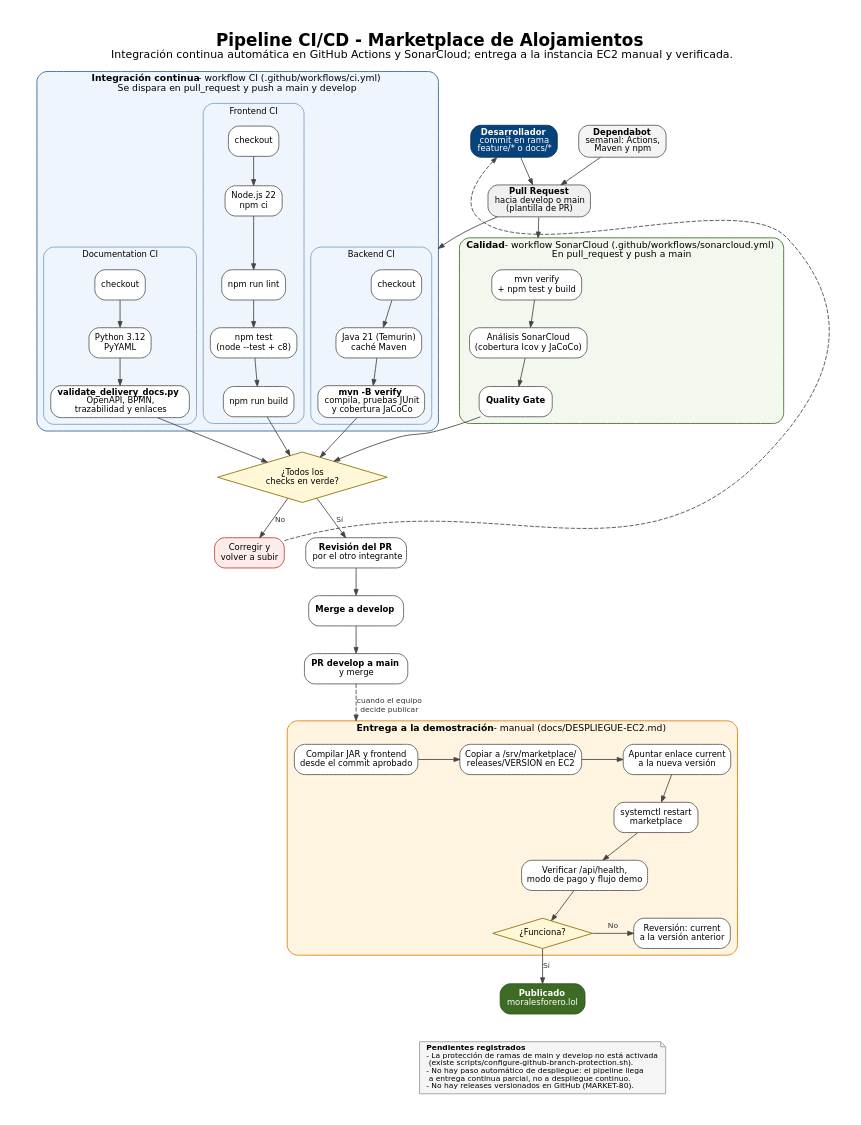
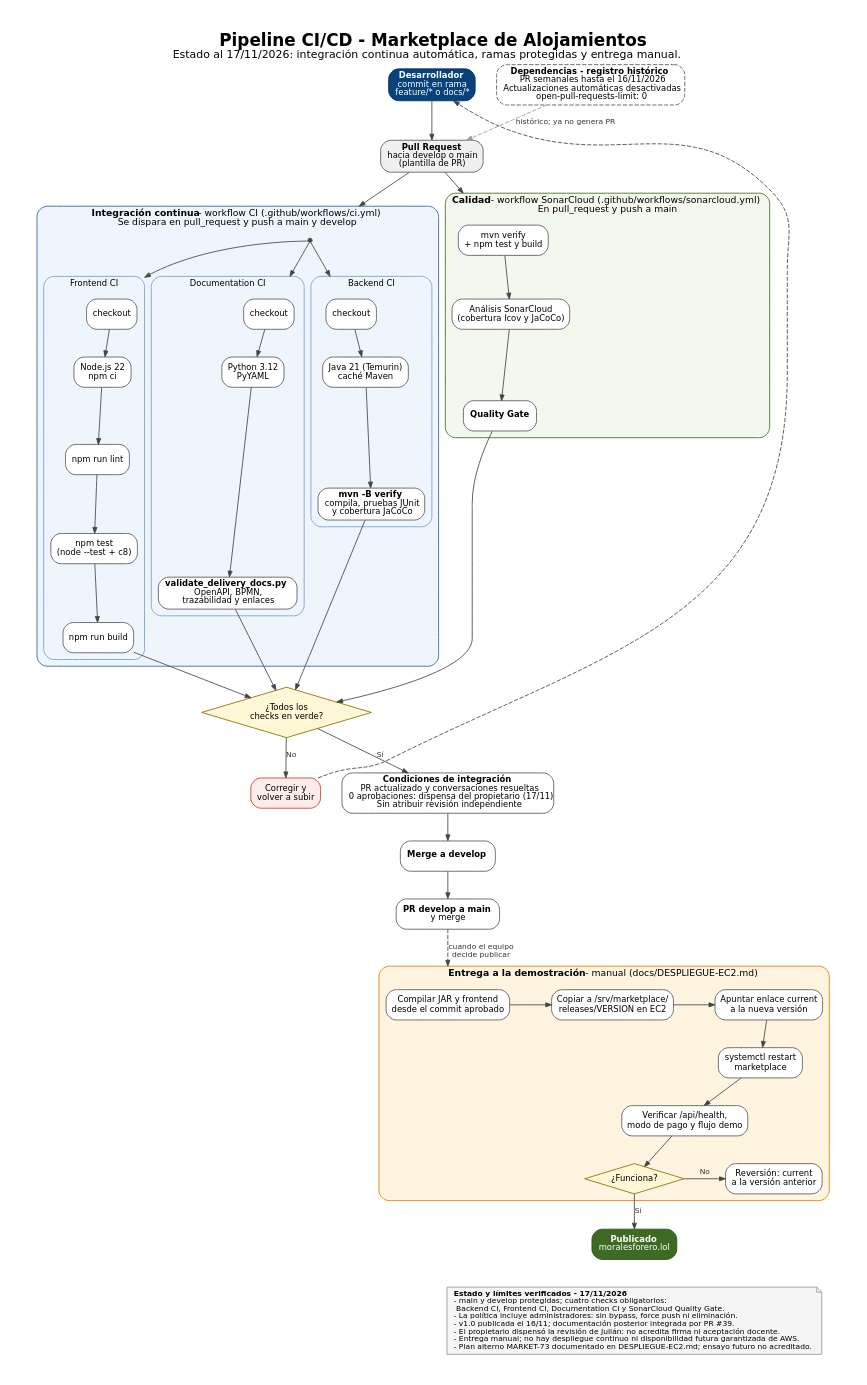
The diagram in docs/entrega-1/diagramas/fuentes/20-pipeline-ci-cd.dot (Rocky72153/marketplace-alojamientos), drawn with Graphviz before and after one commit. The commit also changed 14 other files, not shown here.

Commit message:
Corregir diagramas de pago y pipeline y documentar uso real de IA

```diff
--- a/docs/entrega-1/diagramas/fuentes/20-pipeline-ci-cd.dot
+++ b/docs/entrega-1/diagramas/fuentes/20-pipeline-ci-cd.dot
@@ -1,70 +1,75 @@
 // Pipeline CI/CD real del proyecto.
 // Fuente: .github/workflows/ci.yml, .github/workflows/sonarcloud.yml, .github/dependabot.yml y docs/DESPLIEGUE-EC2.md.
-// La integración continua es automática; la entrega a EC2 es manual (no hay despliegue continuo).
+// Corte verificado: 17/11/2026. La integración continua es automática; la entrega a EC2 es manual.
 // Generar: dot -Tpng -Gdpi=110 20-pipeline-ci-cd.dot -o ../20-pipeline-ci-cd.png
 digraph Pipeline {
   graph [rankdir=TB, fontname="DejaVu Sans", fontsize=20, pad=0.4, nodesep=0.35, ranksep=0.45, compound=true, newrank=true,
-         label=<<B>Pipeline CI/CD - Marketplace de Alojamientos</B><BR/><FONT POINT-SIZE="13">Integración continua automática en GitHub Actions y SonarCloud; entrega a la instancia EC2 manual y verificada.</FONT>>,
+         label=<<B>Pipeline CI/CD - Marketplace de Alojamientos</B><BR/><FONT POINT-SIZE="13">Estado al 17/11/2026: integración continua automática, ramas protegidas y entrega manual.</FONT>>,
          labelloc=t];
   node [fontname="DejaVu Sans", fontsize=10, shape=box, style="filled,rounded", fillcolor="#FFFFFF", color="#555555"];
   edge [fontname="DejaVu Sans", fontsize=9, color="#444444", fontcolor="#333333", arrowsize=0.7];
 
   dev [shape=box, fillcolor="#08427B", fontcolor=white, color="#052E56", label=<<B>Desarrollador</B><BR/>commit en rama<BR/>feature/* o docs/*>];
-  dep [fillcolor="#F4F4F4", label=<<B>Dependabot</B><BR/>semanal: Actions,<BR/>Maven y npm>];
+  dep [fillcolor="#F4F4F4", style="rounded,dashed", label=<<B>Dependencias - registro histórico</B><BR/>PR semanales hasta el 16/11/2026<BR/>Actualizaciones automáticas desactivadas<BR/>open-pull-requests-limit: 0>];
   pr [fillcolor="#F0F0F0", label=<<B>Pull Request</B><BR/>hacia develop o main<BR/>(plantilla de PR)>];
 
   subgraph cluster_ci {
     label=<<B>Integración continua</B> - workflow CI (.github/workflows/ci.yml)<BR/>Se dispara en pull_request y push a main y develop>; fontsize=11; style="rounded,filled"; fillcolor="#EEF5FC"; color="#2E6295";
+    ci_entry [shape=point, width=0.07, label="", fillcolor="#444444"];
 
     subgraph cluster_b { label="Backend CI"; style="rounded"; color="#7A9CC6"; fontsize=10;
       b1 [label="checkout"]; b2 [label="Java 21 (Temurin)\ncaché Maven"]; b3 [label=<<B>mvn -B verify</B><BR/>compila, pruebas JUnit<BR/>y cobertura JaCoCo>];
       b1 -> b2 -> b3; }
     subgraph cluster_f { label="Frontend CI"; style="rounded"; color="#7A9CC6"; fontsize=10;
       f1 [label="checkout"]; f2 [label="Node.js 22\nnpm ci"]; f3 [label="npm run lint"]; f4 [label="npm test\n(node --test + c8)"]; f5 [label="npm run build"];
       f1 -> f2 -> f3 -> f4 -> f5; }
     subgraph cluster_d { label="Documentation CI"; style="rounded"; color="#7A9CC6"; fontsize=10;
       d1 [label="checkout"]; d2 [label="Python 3.12\nPyYAML"]; d3 [label=<<B>validate_delivery_docs.py</B><BR/>OpenAPI, BPMN,<BR/>trazabilidad y enlaces>];
       d1 -> d2 -> d3; }
   }
 
   subgraph cluster_sonar {
     label=<<B>Calidad</B> - workflow SonarCloud (.github/workflows/sonarcloud.yml)<BR/>En pull_request y push a main>; fontsize=11; style="rounded,filled"; fillcolor="#F3F8EE"; color="#3E6B23";
     s1 [label="mvn verify\n+ npm test y build"]; s2 [label="Análisis SonarCloud\n(cobertura lcov y JaCoCo)"]; s3 [label=<<B>Quality Gate</B>>];
     s1 -> s2 -> s3;
   }
 
   ok [shape=diamond, style=filled, fillcolor="#FFF7D6", color="#8A6D00", label="¿Todos los\nchecks en verde?"];
   fix [fillcolor="#FDECEA", color="#C0392B", label="Corregir y\nvolver a subir"];
-  rev [label=<<B>Revisión del PR</B><BR/>por el otro integrante>];
+  rev [label=<<B>Condiciones de integración</B><BR/>PR actualizado y conversaciones resueltas<BR/>0 aprobaciones: dispensa del propietario (17/11)<BR/>Sin atribuir revisión independiente>];
   merge_dev [label=<<B>Merge a develop</B>>];
   merge_main [label=<<B>PR develop a main</B><BR/>y merge>];
 
   subgraph cluster_cd {
     label=<<B>Entrega a la demostración</B> - manual (docs/DESPLIEGUE-EC2.md)>; fontsize=11; style="rounded,filled"; fillcolor="#FFF4E0"; color="#E07B00";
     c1 [label="Compilar JAR y frontend\ndesde el commit aprobado"];
     c2 [label="Copiar a /srv/marketplace/\nreleases/VERSION en EC2"];
     c3 [label="Apuntar enlace current\na la nueva versión"];
     c4 [label="systemctl restart\nmarketplace"];
     c5 [label="Verificar /api/health,\nmodo de pago y flujo demo"];
     c6 [shape=diamond, style=filled, fillcolor="#FFF7D6", color="#8A6D00", label="¿Funciona?"];
     c7 [label="Reversión: current\na la versión anterior"];
     {rank=same; c1; c2; c3;}
     {rank=same; c6; c7;}
     c1 -> c2 -> c3; c3 -> c4; c4 -> c5 -> c6;
     c6 -> c7 [label="No"];
   }
   pub [shape=box, fillcolor="#3E6B23", fontcolor=white, color="#2C4D18", label=<<B>Publicado</B><BR/>moralesforero.lol>];
 
-  dev -> pr; dep -> pr;
-  pr -> b1 [lhead=cluster_ci];
+  dev -> pr;
+  dep -> pr [label="histórico; ya no genera PR", style=dashed, color="#999999", constraint=false];
+  pr -> ci_entry [lhead=cluster_ci];
+  ci_entry -> b1 [lhead=cluster_b];
+  ci_entry -> f1 [lhead=cluster_f];
+  ci_entry -> d1 [lhead=cluster_d];
   pr -> s1 [lhead=cluster_sonar];
   b3 -> ok; f5 -> ok; d3 -> ok; s3 -> ok;
   ok -> fix [label="No"]; fix -> dev [constraint=false, style=dashed];
   ok -> rev [label="Sí"];
   rev -> merge_dev -> merge_main;
   merge_main -> c1 [lhead=cluster_cd, label="cuando el equipo\ndecide publicar", style=dashed];
   c6 -> pub [label="Sí"];
 
-  nota [shape=note, style=filled, fillcolor="#F5F5F5", color="#999999", fontsize=9, label=<<B>Pendientes registrados</B><BR ALIGN="LEFT"/>- La protección de ramas de main y develop no está activada<BR ALIGN="LEFT"/>  (existe scripts/configure-github-branch-protection.sh).<BR ALIGN="LEFT"/>- No hay paso automático de despliegue: el pipeline llega<BR ALIGN="LEFT"/>  a entrega continua parcial, no a despliegue continuo.<BR ALIGN="LEFT"/>- No hay releases versionados en GitHub (MARKET-80).<BR ALIGN="LEFT"/>>];
+  nota [shape=note, style=filled, fillcolor="#F5F5F5", color="#999999", fontsize=9, label=<<B>Estado y límites verificados - 17/11/2026</B><BR ALIGN="LEFT"/>- main y develop protegidas; cuatro checks obligatorios:<BR ALIGN="LEFT"/>  Backend CI, Frontend CI, Documentation CI y SonarCloud Quality Gate.<BR ALIGN="LEFT"/>- La política incluye administradores: sin bypass, force push ni eliminación.<BR ALIGN="LEFT"/>- v1.0 publicada el 16/11; documentación posterior integrada por PR #39.<BR ALIGN="LEFT"/>- El propietario dispensó la revisión de Julián: no acredita firma ni aceptación docente.<BR ALIGN="LEFT"/>- Entrega manual; no hay despliegue continuo ni disponibilidad futura garantizada de AWS.<BR ALIGN="LEFT"/>- Plan alterno MARKET-73 documentado en DESPLIEGUE-EC2.md; ensayo futuro no acreditado.<BR ALIGN="LEFT"/>>];
   pub -> nota [style=invis];
 }
```
